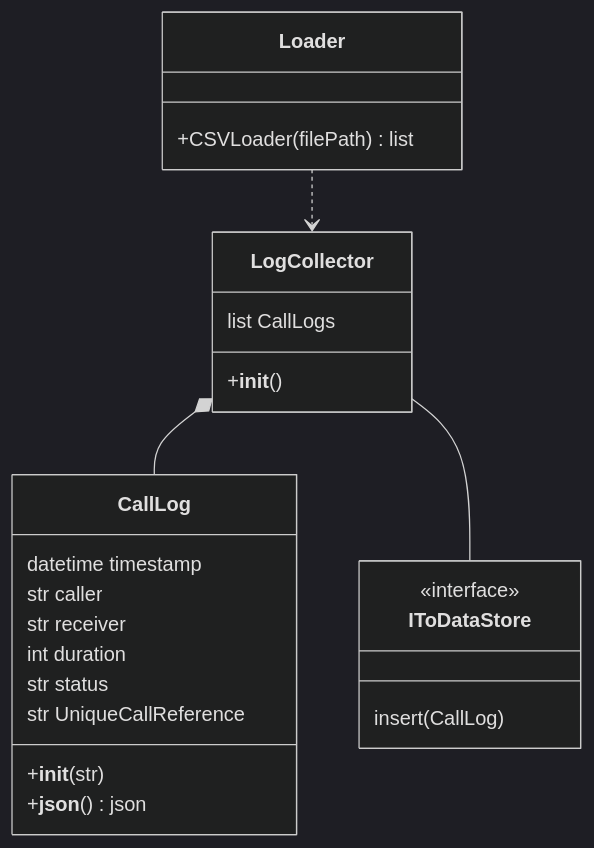
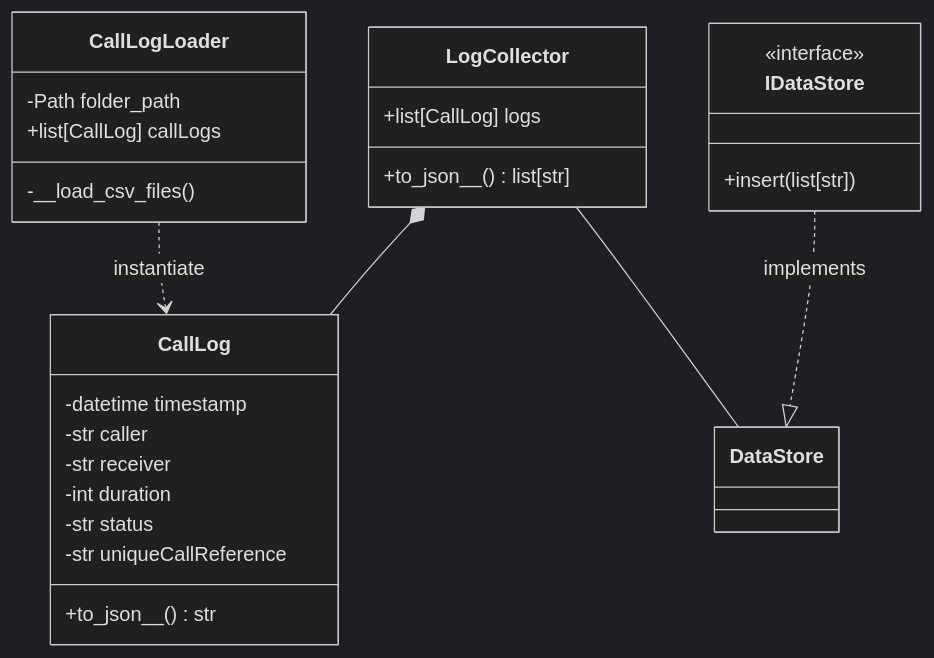
The second of 5 diagrams in docs/drs.md (Davide-OttoneCasagrande/Call-Log-Handler), drawn with Mermaid (dark theme) before and after one commit. The commit also changed other lines of this file and 5 other files, not shown here.

```diff
--- a/docs/drs.md
+++ b/docs/drs.md
@@ -167,30 +168,36 @@
 ::: mermaid
 classDiagram
-    Loader ..> LogCollector
+    CallLogLoader ..> CallLog : instantiate
     LogCollector *-- CallLog
-    LogCollector -- IToDataStore
+    LogCollector -- DataStore
+    IDataStore ..|> DataStore : implements
 
-    class Loader {
-        +CSVLoader(filePath) list
+
+    class CallLog {
+        -datetime timestamp
+        -str caller
+        -str receiver
+        -int duration
+        -str status
+        -str uniqueCallReference
+        +to_json__() str
     }
+   
+    class CallLogLoader {
+        -Path folder_path
+        +list[CallLog] callLogs
+        -__load_csv_files()
+    }
 
     class LogCollector {
-        list CallLogs 
-        +__init__()
+        +list[CallLog] logs
+        +to_json__() list[str]
     }
+    
+    class IDataStore {
+        <<interface>>
+        +insert(list[str])
+    }
 
-    class CallLog {
-        datetime timestamp
-        str caller
-        str receiver
-        int duration
-        str status
-        str UniqueCallReference
-        +__init__(str)
-        +__json__() json
-    }
-
-    class IToDataStore
-    <<interface>> IToDataStore
-    IToDataStore : insert(CallLog)
+    class DataStore { }
 :::
```
